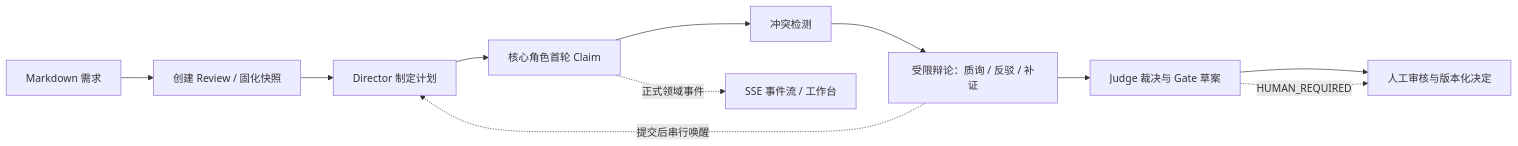
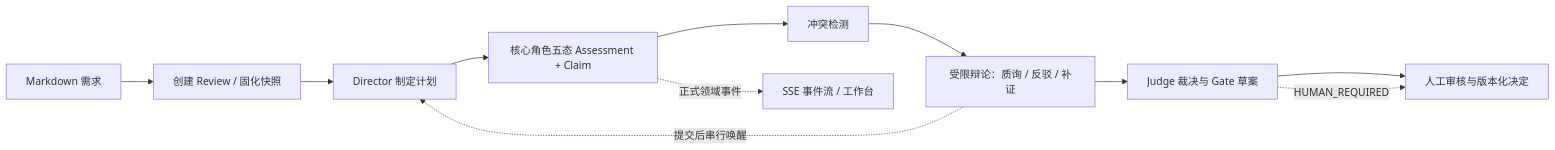
One commit to cc-chongming/chongming changed the diagram in README.zh-CN.md. Above: the diagram before and after it, drawn with Mermaid. The commit also changed other lines of this file and 63 other files, not shown here.

````diff
--- a/README.zh-CN.md
+++ b/README.zh-CN.md
@@ -56,14 +57,14 @@
 ```mermaid
 flowchart LR
     A["Markdown 需求"] --> B["创建 Review / 固化快照"]
     B --> C["Director 制定计划"]
-    C --> D["核心角色首轮 Claim"]
+    C --> D["核心角色五态 Assessment + Claim"]
     D --> E["冲突检测"]
     E --> F["受限辩论：质询 / 反驳 / 补证"]
     F --> G["Judge 裁决与 Gate 草案"]
     G --> H["人工审核与版本化决定"]
 
     D -. "正式领域事件" .-> I["SSE 事件流 / 工作台"]
     F -. "提交后串行唤醒" .-> C
     G -. "HUMAN_REQUIRED" .-> H
 ```
````
